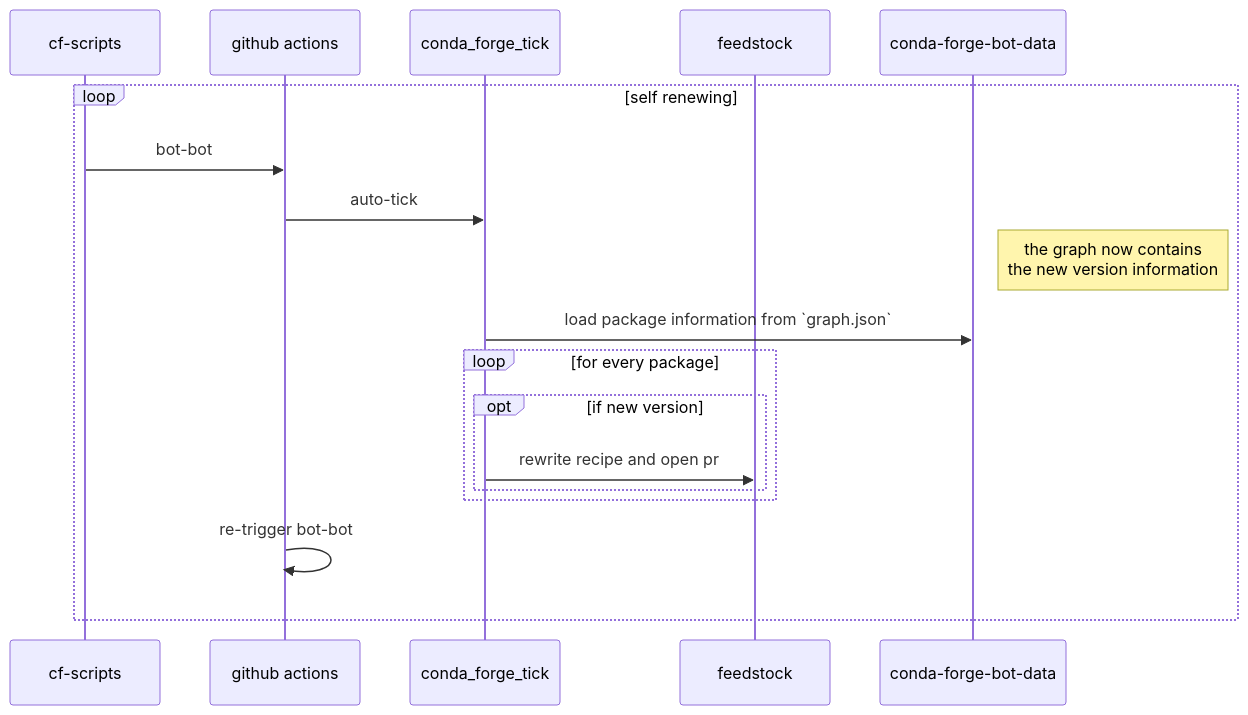
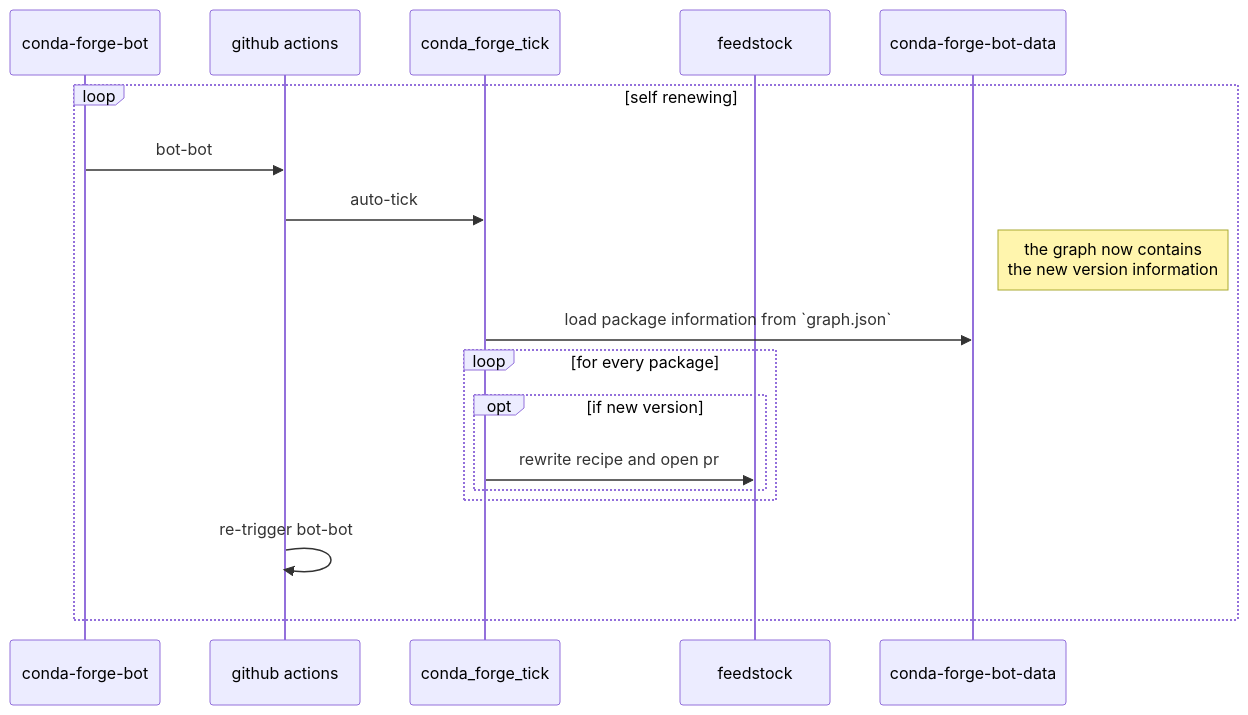
The third of 4 diagrams in docs/maintainer/understanding_conda_forge/feedstocks.md (conda-forge/conda-forge.github.io), drawn with Mermaid before and after one commit. The commit also changed other lines of this file and 8 other files, not shown here.

````diff
--- a/docs/maintainer/understanding_conda_forge/feedstocks.md
+++ b/docs/maintainer/understanding_conda_forge/feedstocks.md
@@ -125,20 +125,20 @@
 ```mermaid
 sequenceDiagram
-    participant cfs as cf-scripts
+    participant cfs as conda-forge-bot
     participant gha as github actions
     participant cft as conda_forge_tick
     participant fs as feedstock
     participant cfg as conda-forge-bot-data
     loop self renewing
         cfs->>gha: bot-bot
         gha->>cft: auto-tick
         note right of cfg: the graph now contains<br/>the new version information
         cft->>cfg: load package information from `graph.json`
         loop for every package
             opt if new version
                 cft->>fs: rewrite recipe and open pr
             end
         end
         gha->>gha: re-trigger bot-bot
     end
 ```
````
